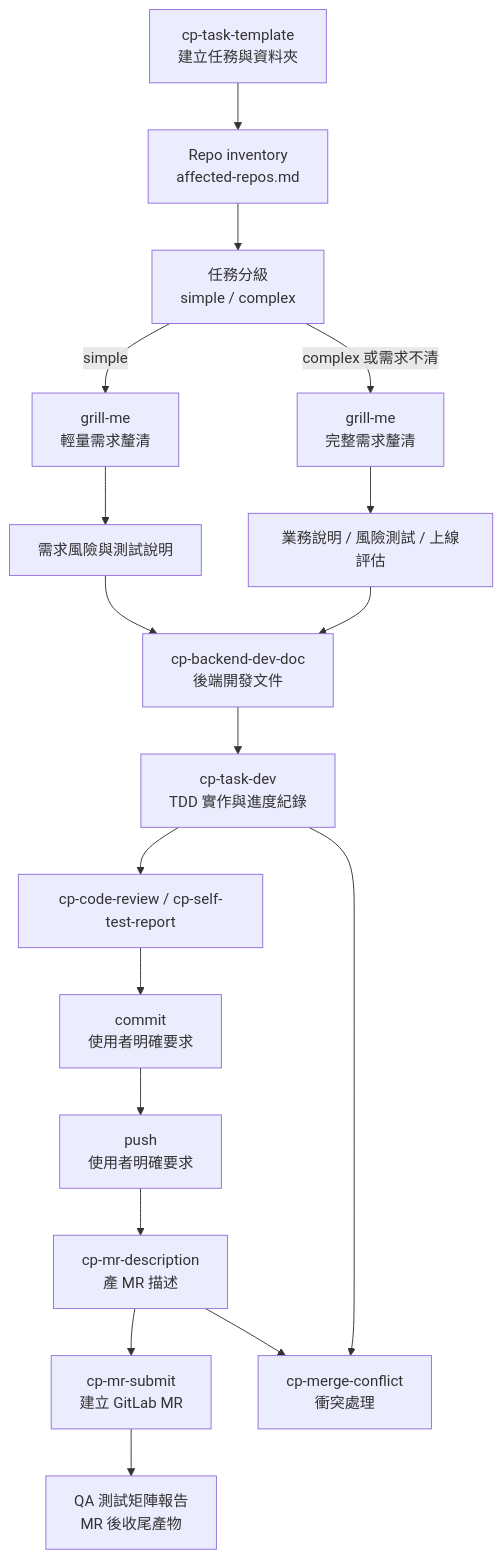
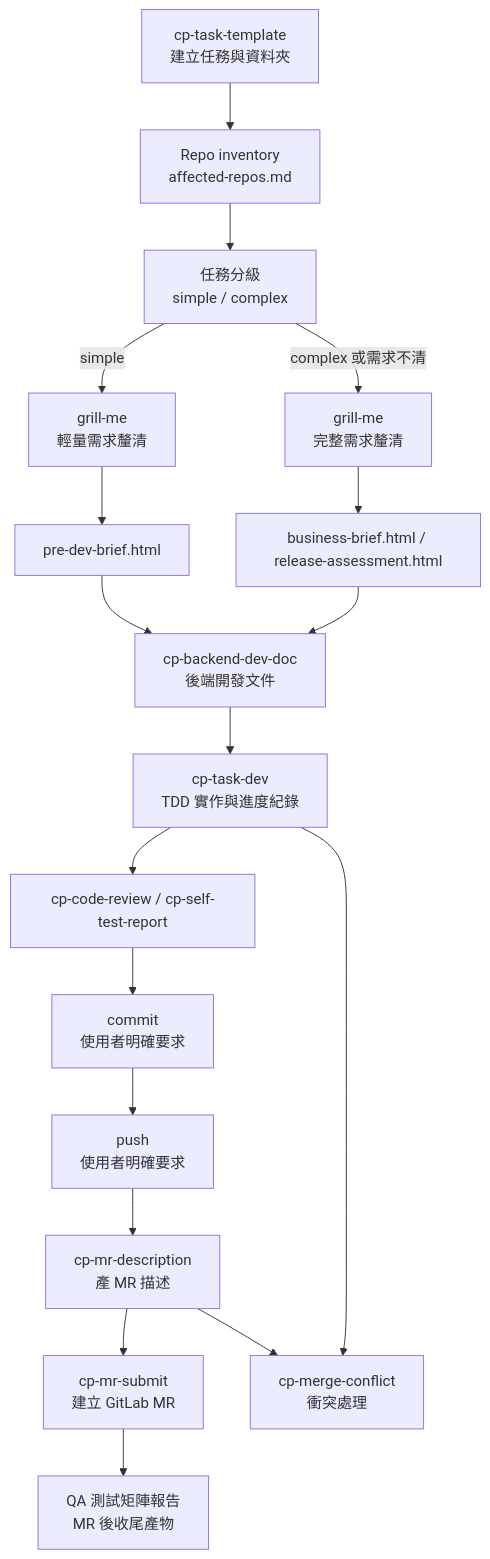
Before and after one commit to stereo720712/cp-work-flow-skill-sean: the diagram in README.md, drawn with Mermaid. The commit also changed other lines of this file and 31 other files, not shown here.

````diff
--- a/README.md
+++ b/README.md
@@ -25,20 +25,20 @@
 ```mermaid
 flowchart TD
     A["cp-task-template<br/>建立任務與資料夾"] --> B["Repo inventory<br/>affected-repos.md"]
     B --> C["任務分級<br/>simple / complex"]
     C -->|simple| D["grill-me<br/>輕量需求釐清"]
     C -->|complex 或需求不清| E["grill-me<br/>完整需求釐清"]
-    D --> F["需求風險與測試說明"]
-    E --> G["業務說明 / 風險測試 / 上線評估"]
+    D --> F["pre-dev-brief.html"]
+    E --> G["business-brief.html / release-assessment.html"]
     F --> H["cp-backend-dev-doc<br/>後端開發文件"]
     G --> H
     H --> I["cp-task-dev<br/>TDD 實作與進度紀錄"]
     I --> J["cp-code-review / cp-self-test-report"]
     J --> K["commit<br/>使用者明確要求"]
     K --> L["push<br/>使用者明確要求"]
     L --> M["cp-mr-description<br/>產 MR 描述"]
     M --> N["cp-mr-submit<br/>建立 GitLab MR"]
     N --> O["QA 測試矩陣報告<br/>MR 後收尾產物"]
     I --> P["cp-merge-conflict<br/>衝突處理"]
     M --> P
 ```
````
